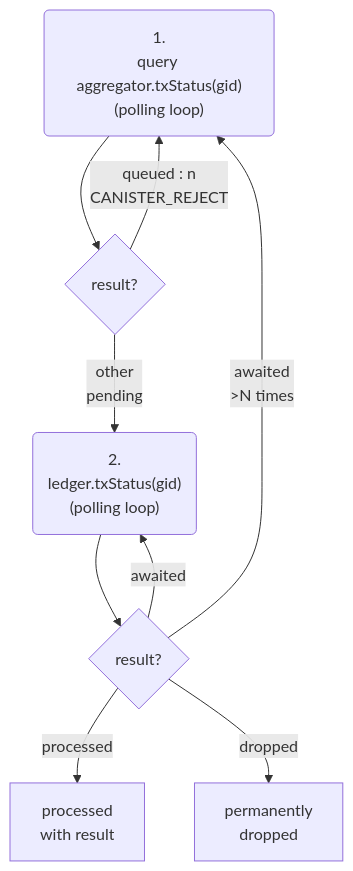
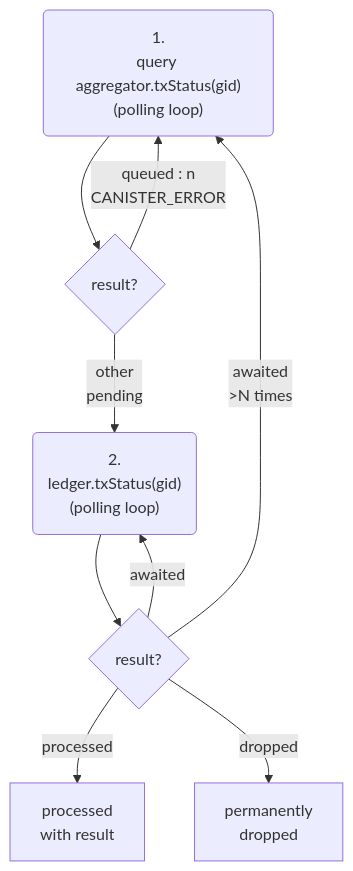
The sixth of 6 diagrams in README.md (research-ag/hpl-io), drawn with Mermaid before and after one commit. The commit also changed other lines of this file and 5 other files, not shown here.

````diff
--- a/README.md
+++ b/README.md
@@ -400,17 +411,17 @@
 ```mermaid
 flowchart TD
     A("1.<br>query aggregator.txStatus(gid)<br>(polling loop)")
 
     %% Aggregator unbounded loop %%
     A --> R{result?}
-    R -->|queued : n<br>CANISTER_REJECT| A 
+    R -->|queued : n<br>CANISTER_ERROR| A 
     R -->|other<br>pending| L2
 
     %% Ledger single query %%
     L2("2.<br>ledger.txStatus(gid)<br>(polling loop)")
     L2 --> R3{result?}
     R3 --> |processed| PF3[processed<br>with result]
     R3 --> |dropped| D3["permanently<br>dropped"]
     R3 --> |awaited| L2
     R3 --> |awaited<br> >N times| A
 ```
````
